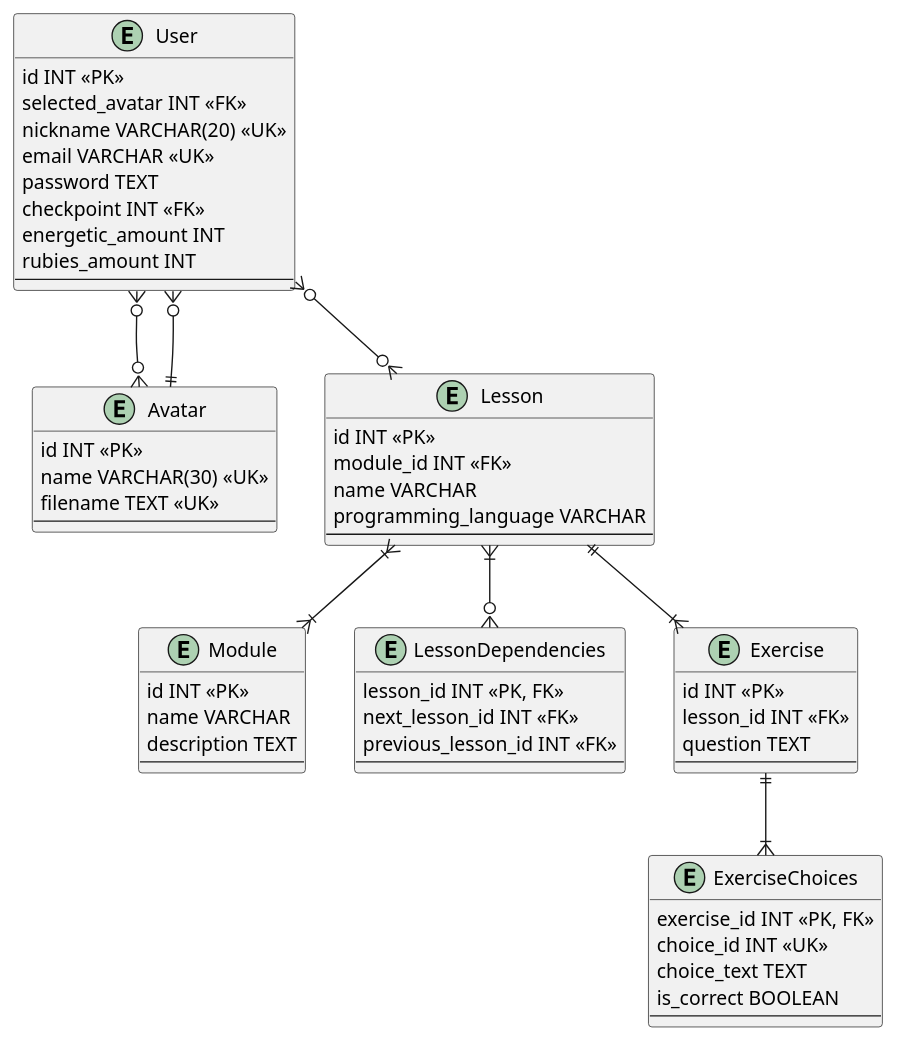
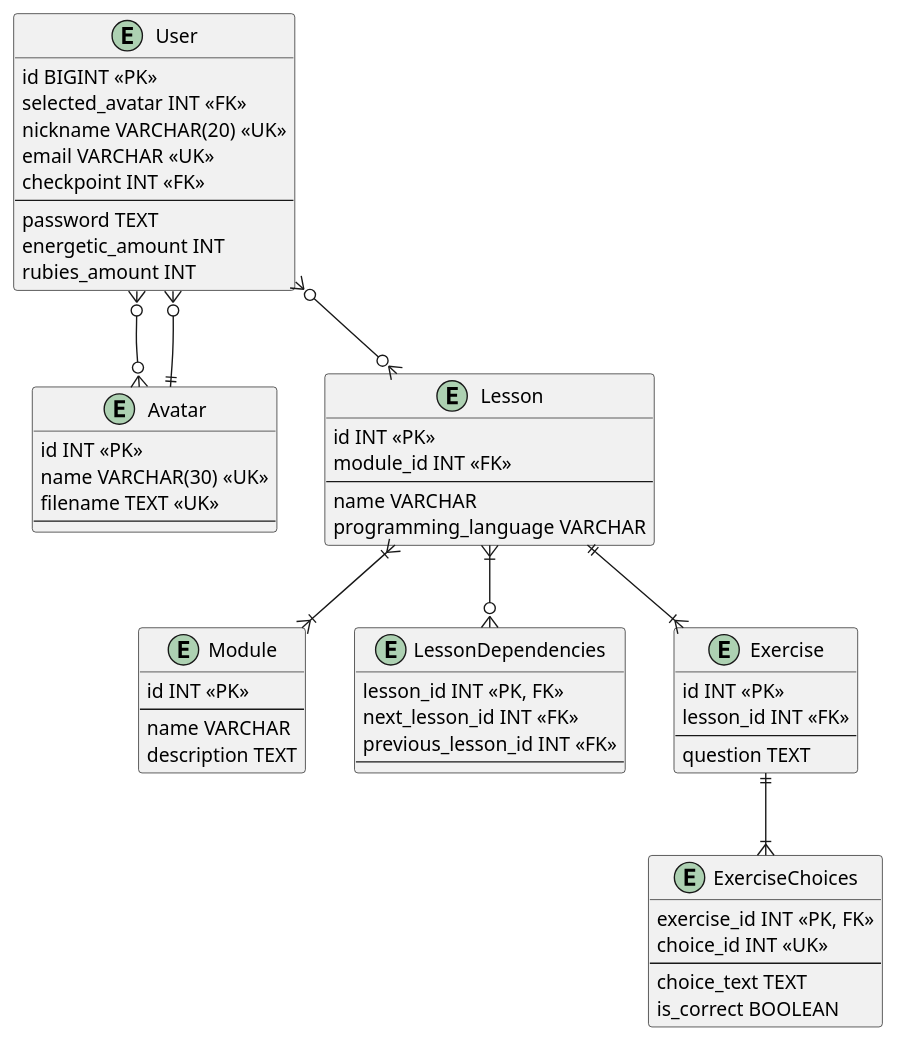
One commit to jpgercc/kappy changed the diagram in Database/der.plantuml. Above: the diagram before and after it, drawn with PlantUML. The commit also changed 2 other files, not shown here.

```diff
--- a/Database/der.plantuml
+++ b/Database/der.plantuml
@@ -1,72 +1,72 @@
 @startuml DER
 
 entity User {
-    id INT <<PK>>
+    id BIGINT <<PK>>
     selected_avatar INT <<FK>>
     nickname VARCHAR(20) <<UK>>
     email VARCHAR <<UK>>
+    checkpoint INT <<FK>>
+    --
     password TEXT
-    checkpoint INT <<FK>>
     energetic_amount INT
     rubies_amount INT
-    --
 }
 
 entity Avatar {
     id INT <<PK>>
     name VARCHAR(30) <<UK>>
     filename TEXT <<UK>>
     --
 }
 
 entity Module {
     id INT <<PK>>
+    --
     name VARCHAR
     description TEXT
-    --
 }
 
 entity Lesson {
     id INT <<PK>>
     module_id INT <<FK>>
+    --
     name VARCHAR
     programming_language VARCHAR
-    --
 }
 
 entity LessonDependencies {
     lesson_id INT <<PK, FK>>
     next_lesson_id INT <<FK>>
     previous_lesson_id INT <<FK>>
     --
 }
 
 entity Exercise {
     id INT <<PK>>
     lesson_id INT <<FK>>
+    --
     question TEXT
-    --
 }
 
 entity ExerciseChoices {
     exercise_id INT <<PK, FK>>
     choice_id INT <<UK>>
+    --
     choice_text TEXT
     is_correct BOOLEAN
-    --
 }
 
 User }o--o{ Avatar
 User }o--|| Avatar
 
 User }o--o{ Lesson
 
 Lesson }|--|{ Module
 
 Lesson }|--o{ LessonDependencies
 
 Lesson ||--|{ Exercise
 
 Exercise ||--|{ ExerciseChoices
 
 @enduml
```
